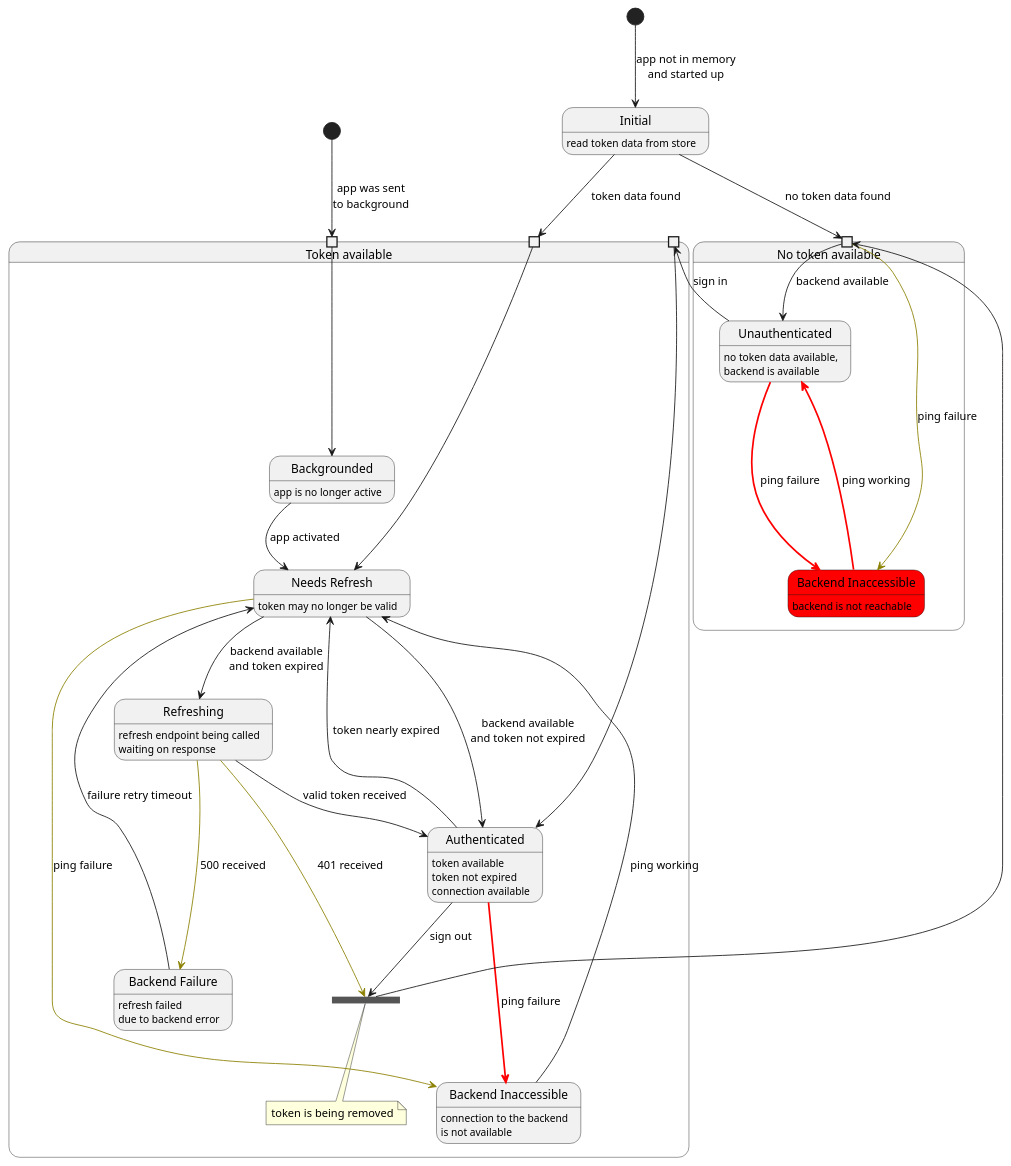
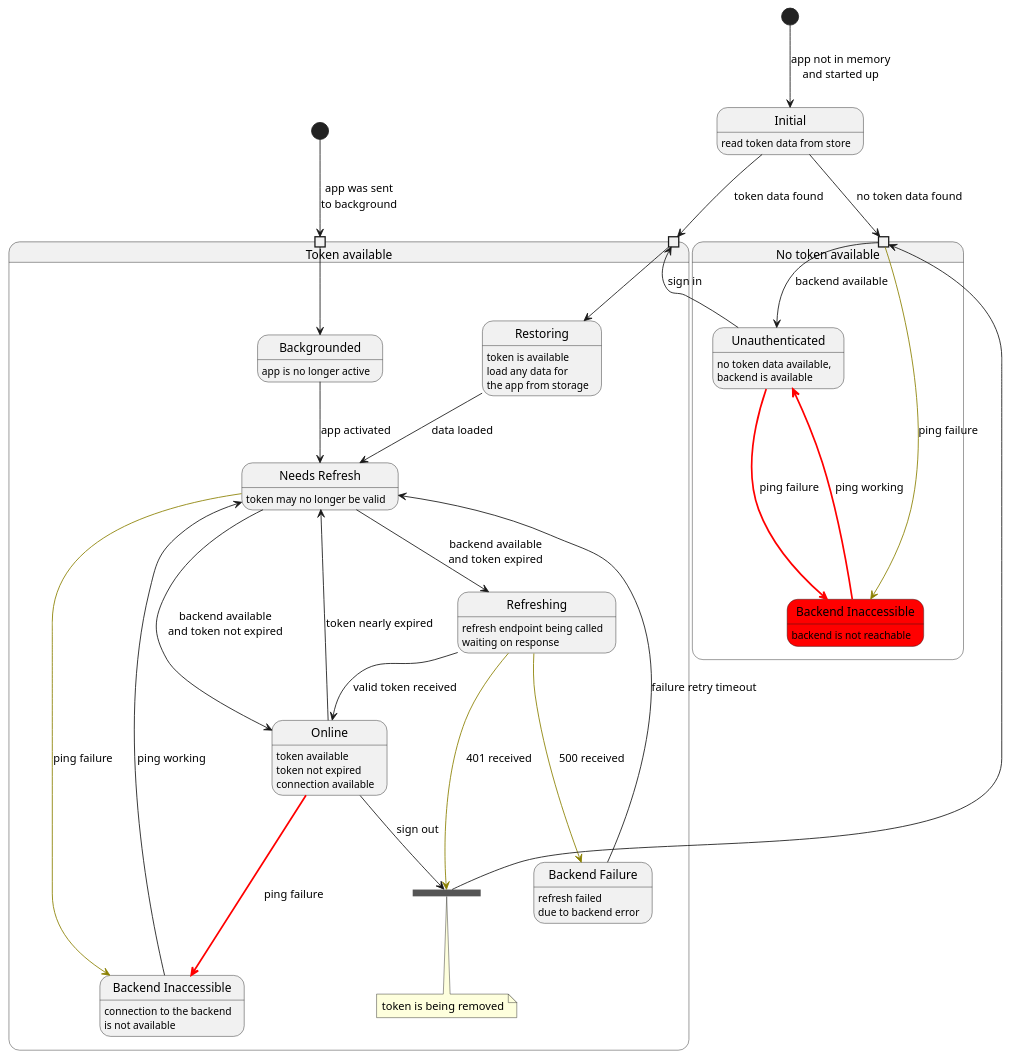
One commit to trajano/spring-cloud-demo changed the first of 4 diagrams in packages/auth-context/AuthState.puml. Above: the diagram before and after it, drawn with PlantUML. The commit also changed 23 other files, not shown here.

```diff
--- a/packages/auth-context/AuthState.puml
+++ b/packages/auth-context/AuthState.puml
@@ -1,65 +1,67 @@
 @startuml AuthState
 state Initial : read token data from store
 [*] --> Initial : app not in memory\nand started up
 
 state "Token available" as Authenticated {
   state " " as needsRefreshPin <<inputPin>>
-  state " " as authenticatedPin <<inputPin>>
+  ' state " " as authenticatedPin <<inputPin>>
   state " " as backgroundedPin <<inputPin>>
   ' needsRefreshPin --> Restoring
-  needsRefreshPin --> NeedsRefresh
-  authenticatedPin --> AuthenticatedOnline
+  needsRefreshPin --> InitialLoad
+  ' authenticatedPin --> AuthenticatedOnline
   backgroundedPin --> Backgrounded
+  state "Restoring" as InitialLoad: token is available\nload any data for\nthe app from storage
   state "Needs Refresh" as NeedsRefresh: token may no longer be valid
   state Refreshing: refresh endpoint being called\nwaiting on response
-  state "Authenticated" as AuthenticatedOnline: token available\ntoken not expired\nconnection available
+  state "Online" as AuthenticatedOnline: token available\ntoken not expired\nconnection available
   state "Backend Inaccessible" as BackendInaccessible: connection to the backend\nis not available
   state "Backend Failure" as BackendFailure: refresh failed\ndue to backend error
   state "Token Removal" as TokenRemoval <<join>>
   state "Backgrounded" as Backgrounded: app is no longer active
 
   note bottom of TokenRemoval
     token is being removed
   end note
   ' state "Restoring" as Restoring: app is active\nin foreground
 
+  InitialLoad --> NeedsRefresh: data loaded
   NeedsRefresh --> Refreshing: backend available\nand token expired
   NeedsRefresh --> AuthenticatedOnline: backend available\nand token not expired
   Refreshing --> AuthenticatedOnline: valid token received
   Refreshing --[#8B8000]-> TokenRemoval: 401 received
   AuthenticatedOnline --[#red,bold]-> BackendInaccessible : ping failure
   AuthenticatedOnline --> NeedsRefresh : token nearly expired
   BackendInaccessible --> NeedsRefresh : ping working
   NeedsRefresh --[#8B8000]-> BackendInaccessible : ping failure
   Refreshing --[#8B8000]-> BackendFailure : 500 received
   BackendFailure --> NeedsRefresh : failure retry timeout
   AuthenticatedOnline --> TokenRemoval : sign out
   Backgrounded --> NeedsRefresh: app activated
   ' Backgrounded -> Restoring: app activated
   ' Restoring -> NeedsRefresh: app restored
 
 }
 
 state "No token available" as NoToken {
   state " " as unauthenticatedPin <<inputPin>>
   state Unauthenticated : no token data available,\nbackend is available
   state "Backend Inaccessible" as UnauthenticatedOffline #red : backend is not reachable
   unauthenticatedPin --> Unauthenticated : backend available
   unauthenticatedPin --[#8B8000]-> UnauthenticatedOffline : ping failure
   Unauthenticated --[#red,bold]-> UnauthenticatedOffline : ping failure
   UnauthenticatedOffline --[#red,bold]-> Unauthenticated : ping working
-  Unauthenticated --> authenticatedPin : sign in
+  Unauthenticated --> needsRefreshPin : sign in
 
 }
 
 
 Initial --> unauthenticatedPin : no token data found
 Initial --> needsRefreshPin : token data found
 TokenRemoval --> unauthenticatedPin
 
 ' state AppActivate <<start>>
 ' AppActivate --> needsRefreshPin : app was activated\nfrom memory
 state AppBackgrounded <<start>>
 AppBackgrounded --> backgroundedPin : app was sent\nto background
 
 @enduml
```
